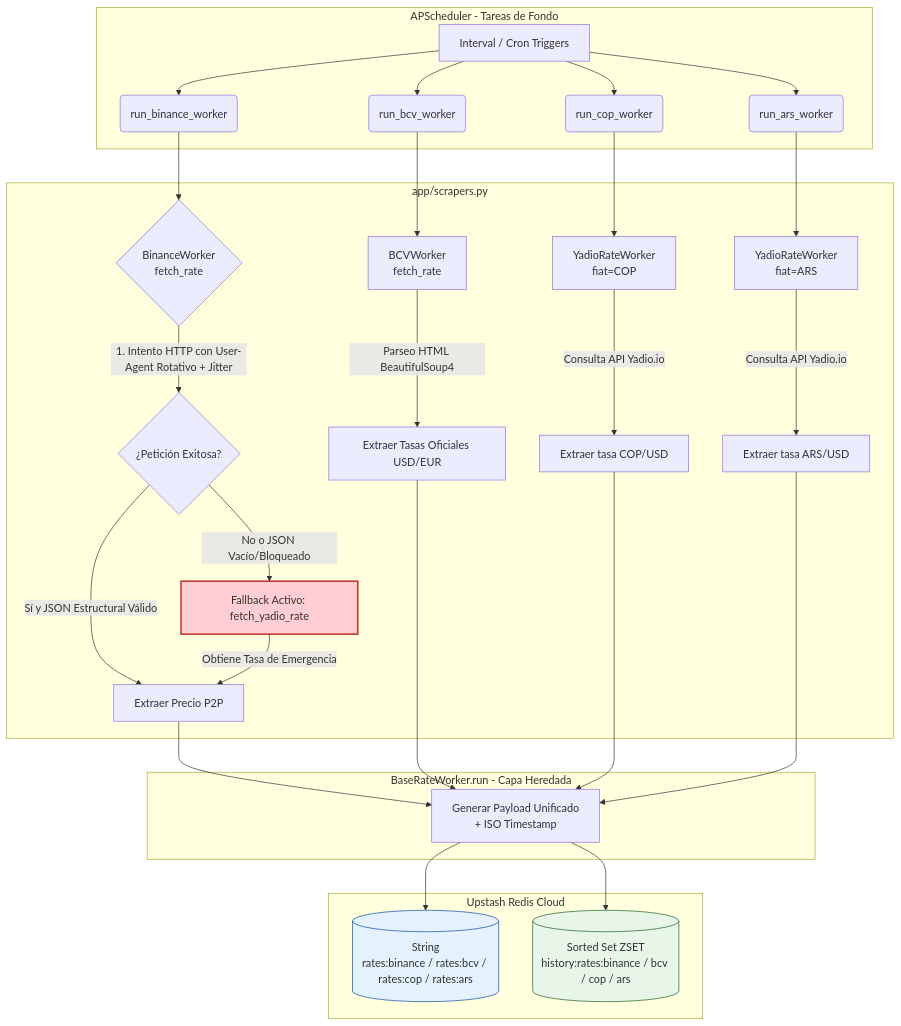
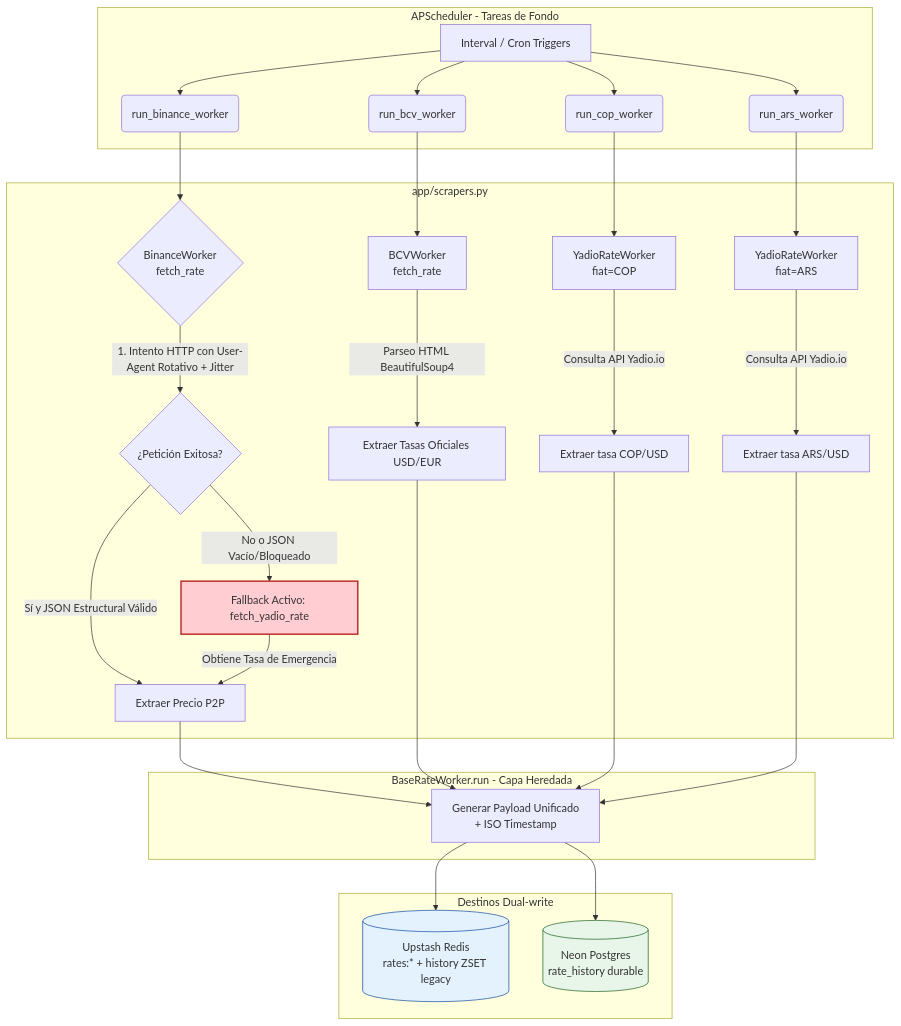
One commit to TECHSOLVERSJBL/CAMBIALY-BACKEND changed the second of 4 diagrams in README.md. Above: the diagram before and after it, drawn with Mermaid. The commit also changed other lines of this file, not shown here.

Commit message:
docs: update architecture diagrams to reflect dual-write Redis + Postgres and v3 history flow

````diff
--- a/README.md
+++ b/README.md
@@ -359,41 +359,41 @@
 ```mermaid
 graph TD
     subgraph Scheduler [APScheduler - Tareas de Fondo]
         A[Interval / Cron Triggers] --> B(run_binance_worker)
         A --> C(run_bcv_worker)
         A --> D(run_cop_worker)
         A --> E(run_ars_worker)
     end
 
     subgraph Scrapers [app/scrapers.py]
         B --> F{BinanceWorker<br/>fetch_rate}
         C --> G[BCVWorker<br/>fetch_rate]
         D --> H[YadioRateWorker<br/>fiat=COP]
         E --> I[YadioRateWorker<br/>fiat=ARS]
         
         F -->|1. Intento HTTP con User-Agent Rotativo + Jitter| J{¿Petición Exitosa?}
         J -->|Sí y JSON Estructural Válido| K[Extraer Precio P2P]
         J -->|No o JSON Vacío/Bloqueado| L[Fallback Activo: fetch_yadio_rate]
         
         L -->|Obtiene Tasa de Emergencia| K
         G -->|Parseo HTML BeautifulSoup4| M[Extraer Tasas Oficiales USD/EUR]
         H -->|Consulta API Yadio.io| N[Extraer tasa COP/USD]
         I -->|Consulta API Yadio.io| O[Extraer tasa ARS/USD]
     end
 
     subgraph BaseWorker [BaseRateWorker.run - Capa Heredada]
         K --> P[Generar Payload Unificado<br/>+ ISO Timestamp]
         M --> P
         N --> P
         O --> P
     end
 
-    subgraph Upstash [Upstash Redis Cloud]
-        P --> Q[(String<br/>rates:binance / rates:bcv / rates:cop / rates:ars)]
-        P --> R[(Sorted Set ZSET<br/>history:rates:binance / bcv / cop / ars)]
+    subgraph Storage [Destinos Dual-write]
+        P --> Q[(Upstash Redis<br/>rates:* + history ZSET legacy)]
+        P --> R[(Neon Postgres<br/>rate_history durable)]
     end
 
     style L fill:#ffcdd2,stroke:#b71c1c,stroke-width:2px
     style Q fill:#e3f2fd,stroke:#0d47a1,stroke-width:1px
     style R fill:#e8f5e9,stroke:#1b5e20,stroke-width:1px
 ```
````
